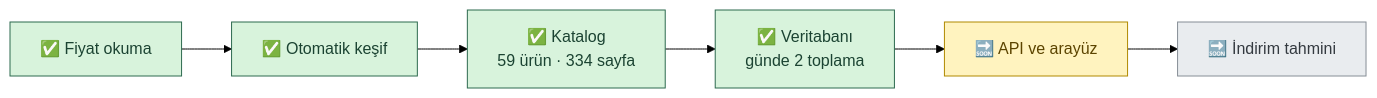
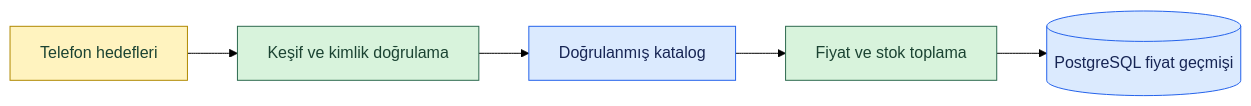
One commit to Emir-Ars/Urun-indirim-takip changed the first of 2 diagrams in README.md. Above: the diagram before and after it, drawn with Mermaid (forest theme). The commit also changed other lines of this file and 3 other files, not shown here.

````diff
--- a/README.md
+++ b/README.md
@@ -15,14 +32,13 @@
 ```mermaid
 flowchart LR
-    A["✅ Fiyat okuma"] --> B["✅ Otomatik keşif"]
-    B --> C["✅ Katalog<br/>59 ürün · 334 sayfa"]
-    C --> D["✅ Veritabanı<br/>günde 2 toplama"]
-    D --> E["🔜 API ve arayüz"]
-    E --> F["🔜 İndirim tahmini"]
-    classDef done fill:#d8f3dc,stroke:#2d6a4f,color:#1b4332
-    classDef next fill:#fff3bf,stroke:#b08900,color:#5c4400
-    classDef todo fill:#e9ecef,stroke:#868e96,color:#343a40
-    class A,B,C,D done
-    class E next
-    class F todo
+    A["Telefon hedefleri"] --> B["Keşif ve kimlik doğrulama"]
+    B --> C["Doğrulanmış katalog"]
+    C --> D["Fiyat ve stok toplama"]
+    D --> E[("PostgreSQL fiyat geçmişi")]
+    classDef targets fill:#fff3bf,stroke:#b08900,color:#1b4332
+    classDef processing fill:#d8f3dc,stroke:#2d6a4f,color:#1b4332
+    classDef records fill:#dbeafe,stroke:#2563eb,color:#172554
+    class A targets
+    class B,D processing
+    class C,E records
 ```
````
